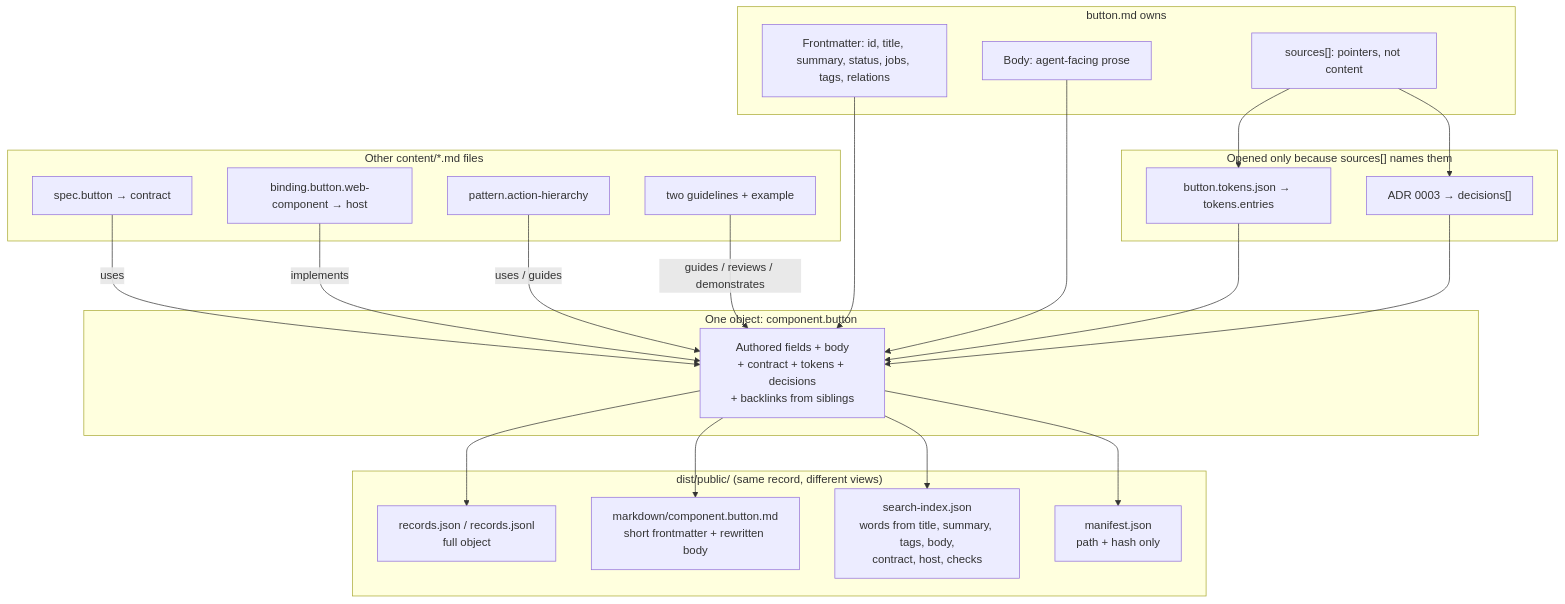
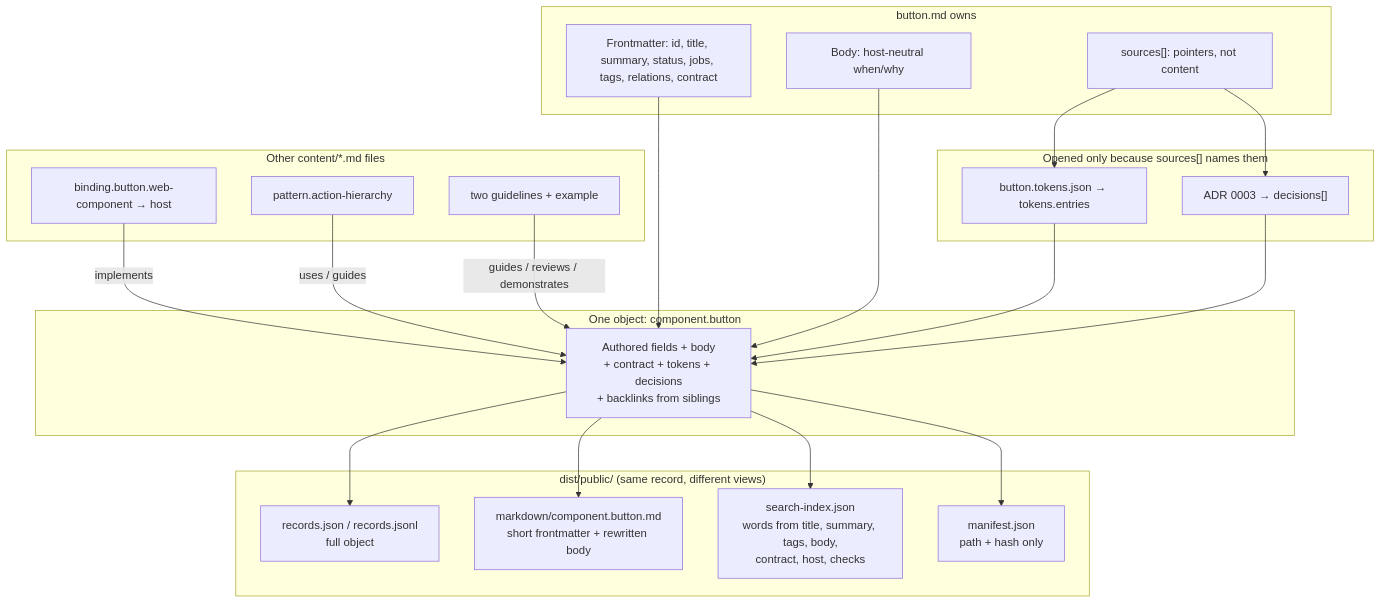
One commit to stevegreco/taproot changed the diagram in docs/knowledge/README.md. Above: the diagram before and after it, drawn with Mermaid. The commit also changed other lines of this file and 27 other files, not shown here.

````diff
--- a/docs/knowledge/README.md
+++ b/docs/knowledge/README.md
@@ -49,46 +51,44 @@
 ```mermaid
 flowchart TB
   subgraph authored["button.md owns"]
-    FM["Frontmatter: id, title, summary, status, jobs, tags, relations"]
-    BODY["Body: agent-facing prose"]
+    FM["Frontmatter: id, title, summary, status, jobs, tags, relations, contract"]
+    BODY["Body: host-neutral when/why"]
     SRC["sources[]: pointers, not content"]
   end
 
   subgraph domain["Opened only because sources[] names them"]
     TOK["button.tokens.json → tokens.entries"]
     ADR["ADR 0003 → decisions[]"]
   end
 
   subgraph siblings["Other content/*.md files"]
-    SPEC["spec.button → contract"]
     BIND["binding.button.web-component → host"]
     PAT["pattern.action-hierarchy"]
     GL["two guidelines + example"]
   end
 
   subgraph record["One object: component.button"]
     R["Authored fields + body<br/>+ contract + tokens + decisions<br/>+ backlinks from siblings"]
   end
 
   subgraph dist["dist/public/  (same record, different views)"]
     JSON["records.json / records.jsonl<br/>full object"]
     MD["markdown/component.button.md<br/>short frontmatter + rewritten body"]
     IDX["search-index.json<br/>words from title, summary, tags, body,<br/>contract, host, checks"]
     MAN["manifest.json<br/>path + hash only"]
   end
 
   FM --> R
   BODY --> R
   SRC --> TOK
   SRC --> ADR
-  SPEC -->|"uses"| R
   BIND -->|"implements"| R
   TOK --> R
   ADR --> R
   PAT -->|"uses / guides"| R
   GL -->|"guides / reviews / demonstrates"| R
   R --> JSON
   R --> MD
   R --> IDX
   R --> MAN
 ```
````
